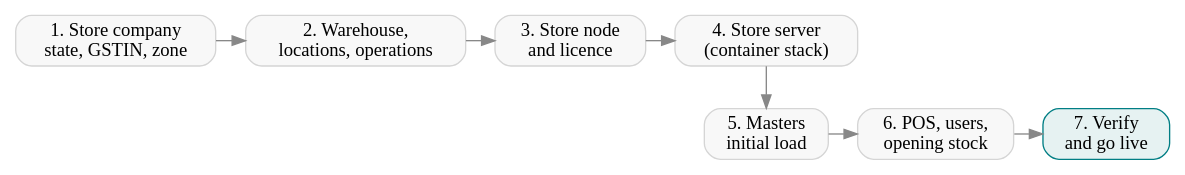
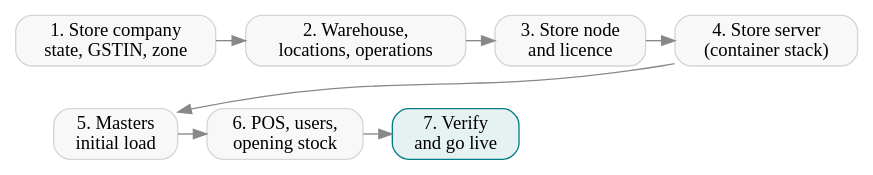
Before and after one commit to metalogicdigital/erp-docs: the diagram in content/case_studies/retail/new_store.rst, drawn with Graphviz. The commit also changed 3 other files, not shown here.

Commit message:
Align wrapped diagram rows under the first row

```diff
--- a/content/case_studies/retail/new_store.rst
+++ b/content/case_studies/retail/new_store.rst
@@ -10,20 +10,21 @@
 .. graphviz::
    :caption: New store go-live, from company to first bill
 
    digraph ns {
       rankdir=TB; nodesep=0.3; ranksep=0.45;
       node [shape=box, style="rounded,filled", fillcolor="#F8F8F8", color="#D5D5D5"];
       edge [color="#888888"];
       { rank=same;
         a [label="1. Store company\nstate, GSTIN, zone"];
         b [label="2. Warehouse,\nlocations, operations"];
         c [label="3. Store node\nand licence"];
         d [label="4. Store server\n(container stack)"]; }
       { rank=same;
         e [label="5. Masters\ninitial load"];
         f [label="6. POS, users,\nopening stock"];
         g [label="7. Verify\nand go live", fillcolor="#e6f2f2", color="#017e84"]; }
       a -> b -> c -> d;
-      d -> e;
+      d -> e [constraint=false];
+      a -> e [style=invis];
       e -> f -> g;
    }
```
